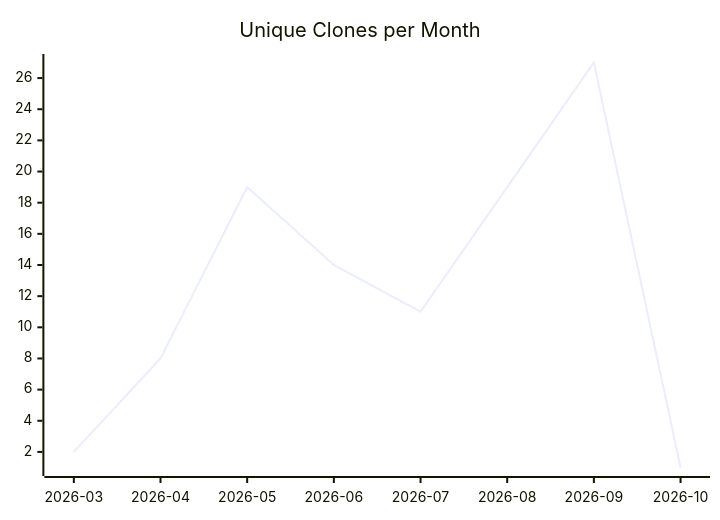
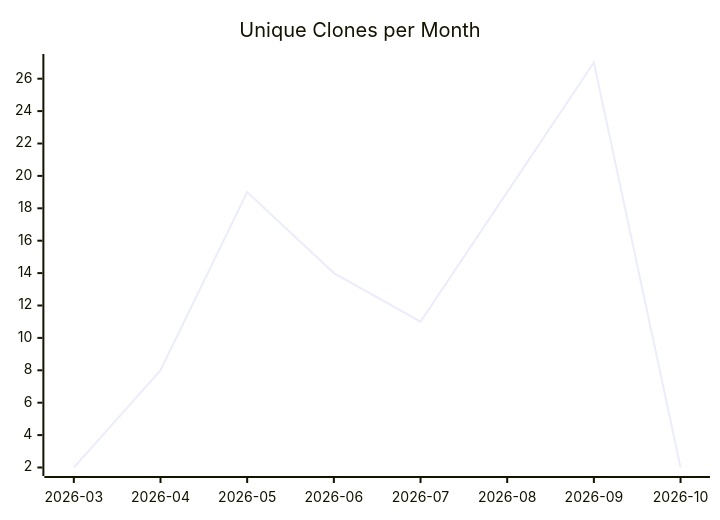
The third of 3 diagrams in karlmdavis/rps-tourney/README.md (justdavis-family/github-analytics-data), drawn with Mermaid before and after one commit. The commit also changed other lines of this file and 203 other files, not shown here.

````diff
--- a/karlmdavis/rps-tourney/README.md
+++ b/karlmdavis/rps-tourney/README.md
@@ -19,6 +19,6 @@
 ```mermaid
 xychart-beta
   title "Unique Clones per Month"
   x-axis ["2026-03", "2026-04", "2026-05", "2026-06", "2026-07", "2026-08", "2026-09", "2026-10"]
-  line [2, 8, 19, 14, 11, 19, 27, 1]
+  line [2, 8, 19, 14, 11, 19, 27, 2]
 ```
````
